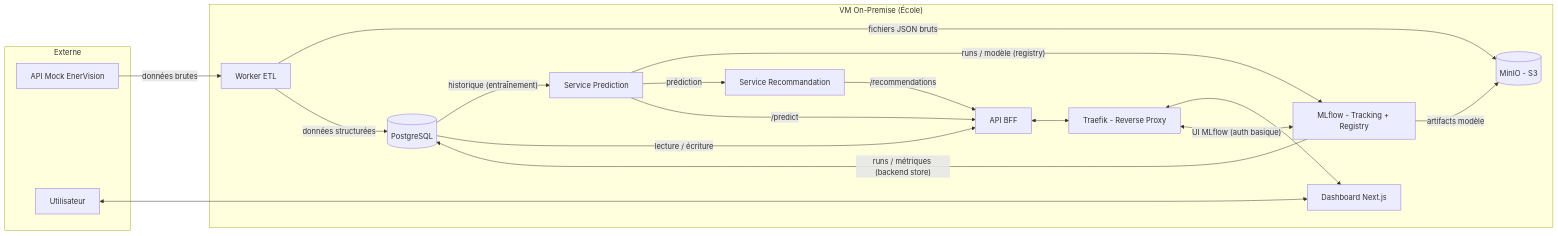
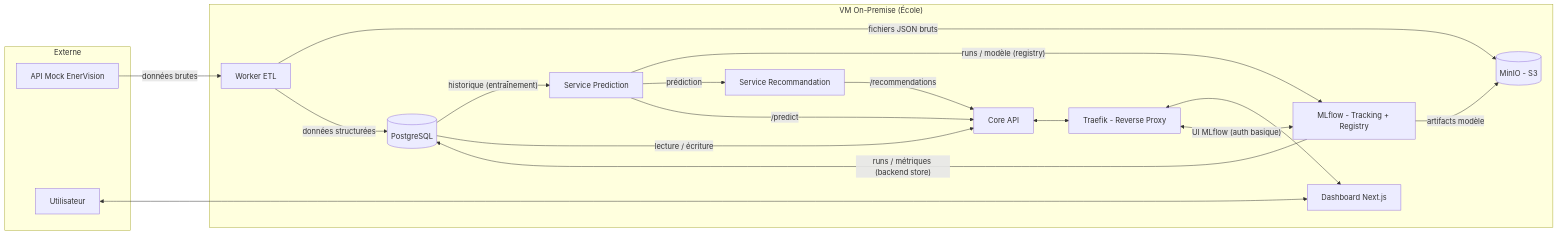
One commit to PetitPingu/EnerVision changed the diagram in docs/flow_data.md. Above: the diagram before and after it, drawn with Mermaid. The commit also changed other lines of this file and 13 other files, not shown here.

First line of the commit message:
docs: update architecture documentation and remove obsolete images

````diff
--- a/docs/flow_data.md
+++ b/docs/flow_data.md
@@ -5,35 +5,35 @@
 ```mermaid
 flowchart LR
     subgraph Externe["Externe"]
         Mock["API Mock EnerVision"]
         User["Utilisateur"]
     end
  
     subgraph VM["VM On-Premise (École)"]
         Traefik["Traefik - Reverse Proxy"]
-        BFF["API BFF"]
+        Core["Core API"]
         Pred["Service Prediction"]
         Reco["Service Recommandation"]
         ETL["Worker ETL"]
         MLflow["MLflow - Tracking + Registry"]
         MinIO[("MinIO - S3")]
         PG[("PostgreSQL")]
         Dash["Dashboard Next.js"]
     end
  
     Mock -- "données brutes" --> ETL
     ETL -- "fichiers JSON bruts" --> MinIO
     ETL -- "données structurées" --> PG
     PG -- "historique (entraînement)" --> Pred
     Pred -- "runs / modèle (registry)" --> MLflow
     MLflow -- "artifacts modèle" --> MinIO
     MLflow -- "runs / métriques (backend store)" --> PG
     Pred -- "prédiction" --> Reco
-    PG -- "lecture / écriture" --> BFF
-    Pred -- "/predict" --> BFF
-    Reco -- "/recommendations" --> BFF
-    BFF <--> Traefik
+    PG -- "lecture / écriture" --> Core
+    Pred -- "/predict" --> Core
+    Reco -- "/recommendations" --> Core
+    Core <--> Traefik
     Traefik <--> Dash
     Traefik <-- "UI MLflow (auth basique)" --> MLflow
     User <--> Dash
 ```
````
